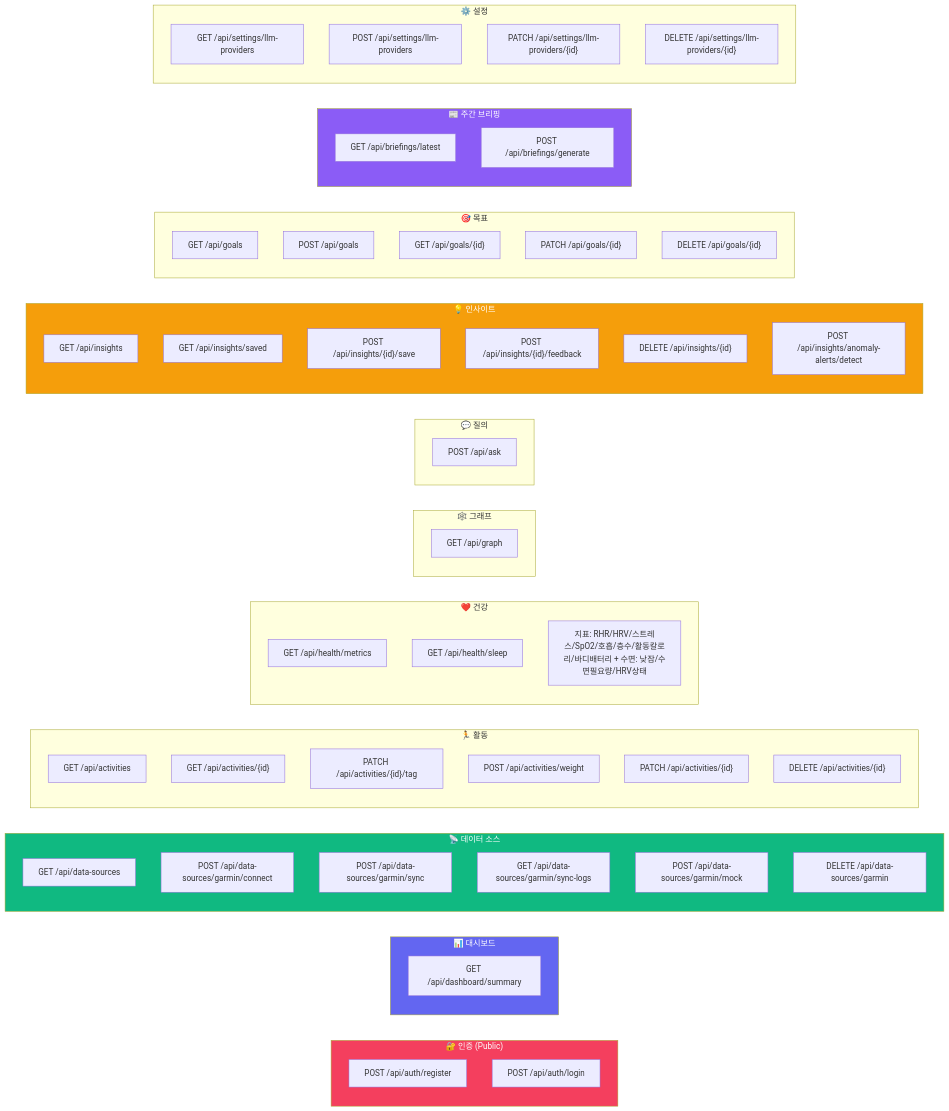
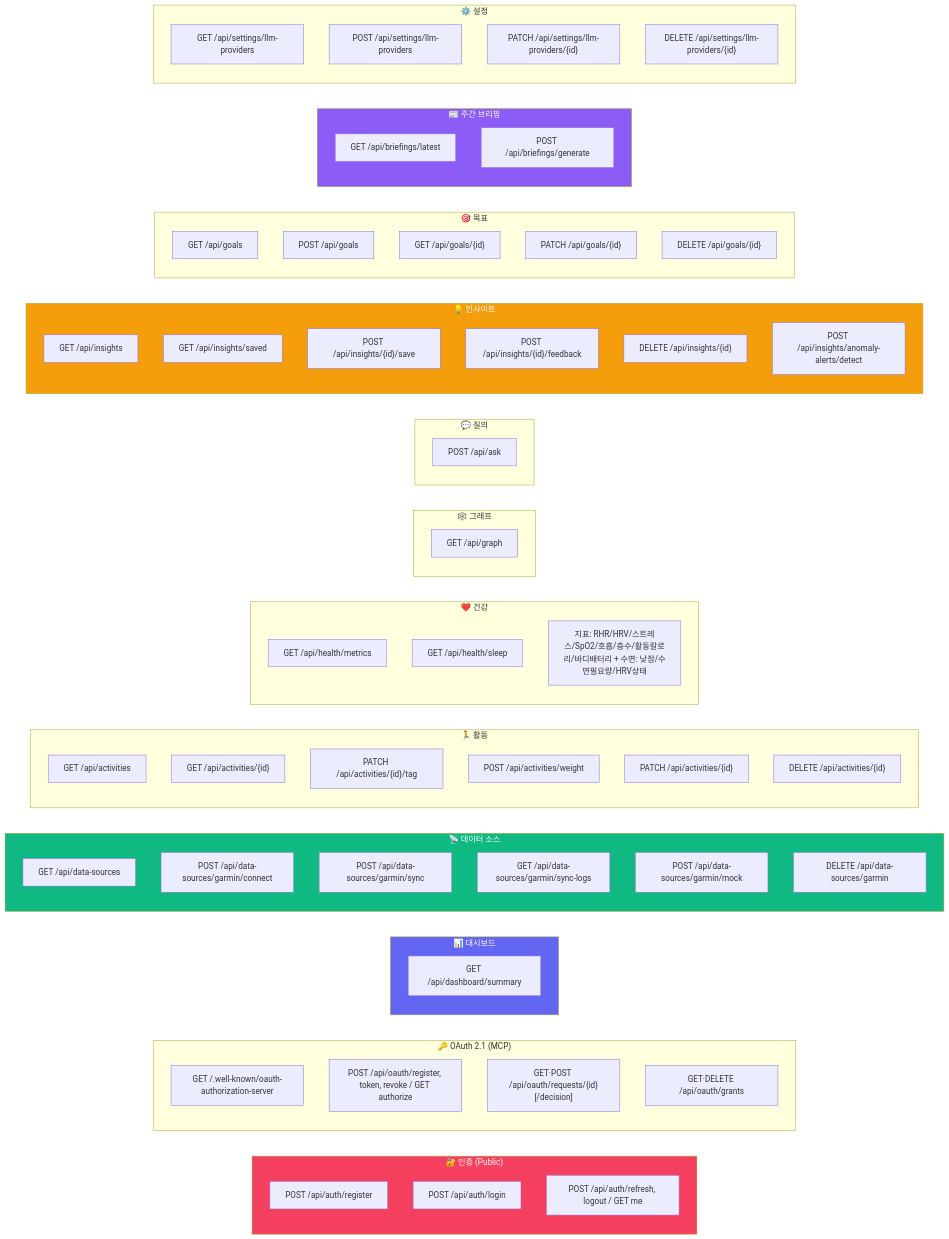
One commit to Hsooooo/personal-insight-os changed the diagram in docs/api-specification.md. Above: the diagram before and after it, drawn with Mermaid. The commit also changed other lines of this file and 12 other files, not shown here.

```diff
--- a/docs/api-specification.md
+++ b/docs/api-specification.md
@@ -21,6 +45,14 @@
     subgraph 인증["🔐 인증 (Public)"]
         A1["POST /api/auth/register"]
         A2["POST /api/auth/login"]
+        A3["POST /api/auth/refresh, logout / GET me"]
+    end
+
+    subgraph OAuth["🔑 OAuth 2.1 (MCP)"]
+        O1["GET /.well-known/oauth-authorization-server"]
+        O2["POST /api/oauth/register, token, revoke / GET authorize"]
+        O3["GET·POST /api/oauth/requests/{id}[/decision]"]
+        O4["GET·DELETE /api/oauth/grants"]
     end
 
     subgraph 대시보드["📊 대시보드"]
```
